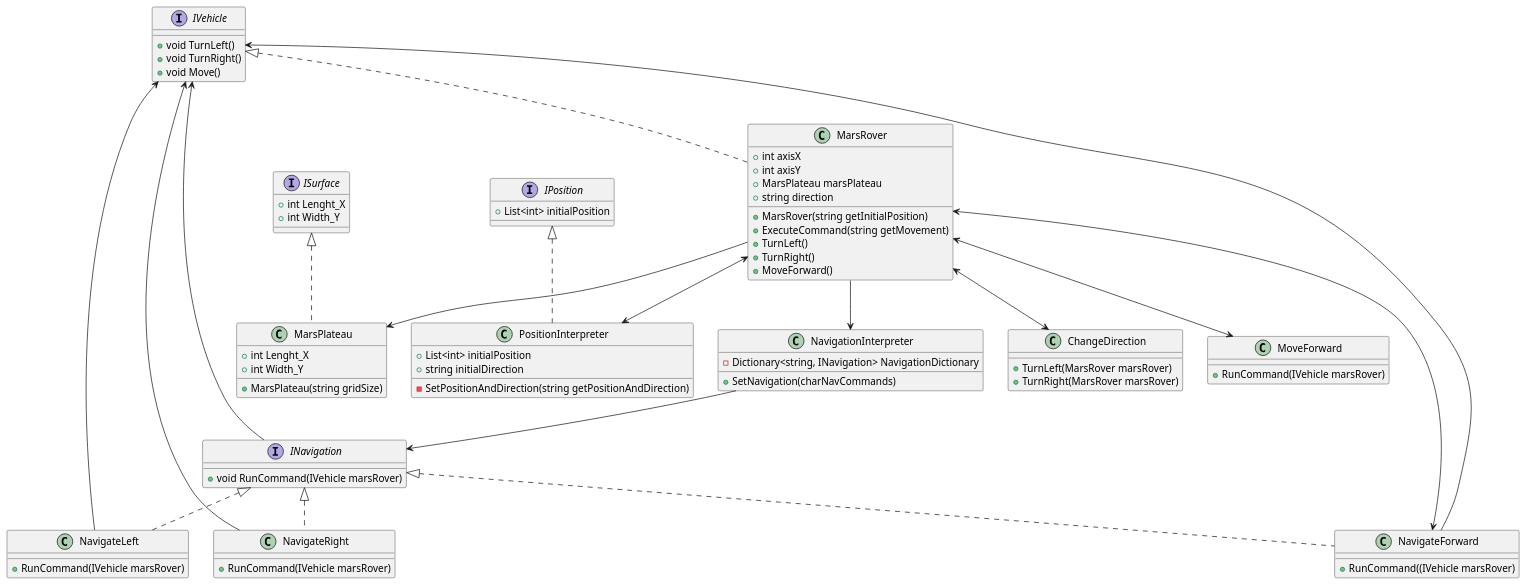
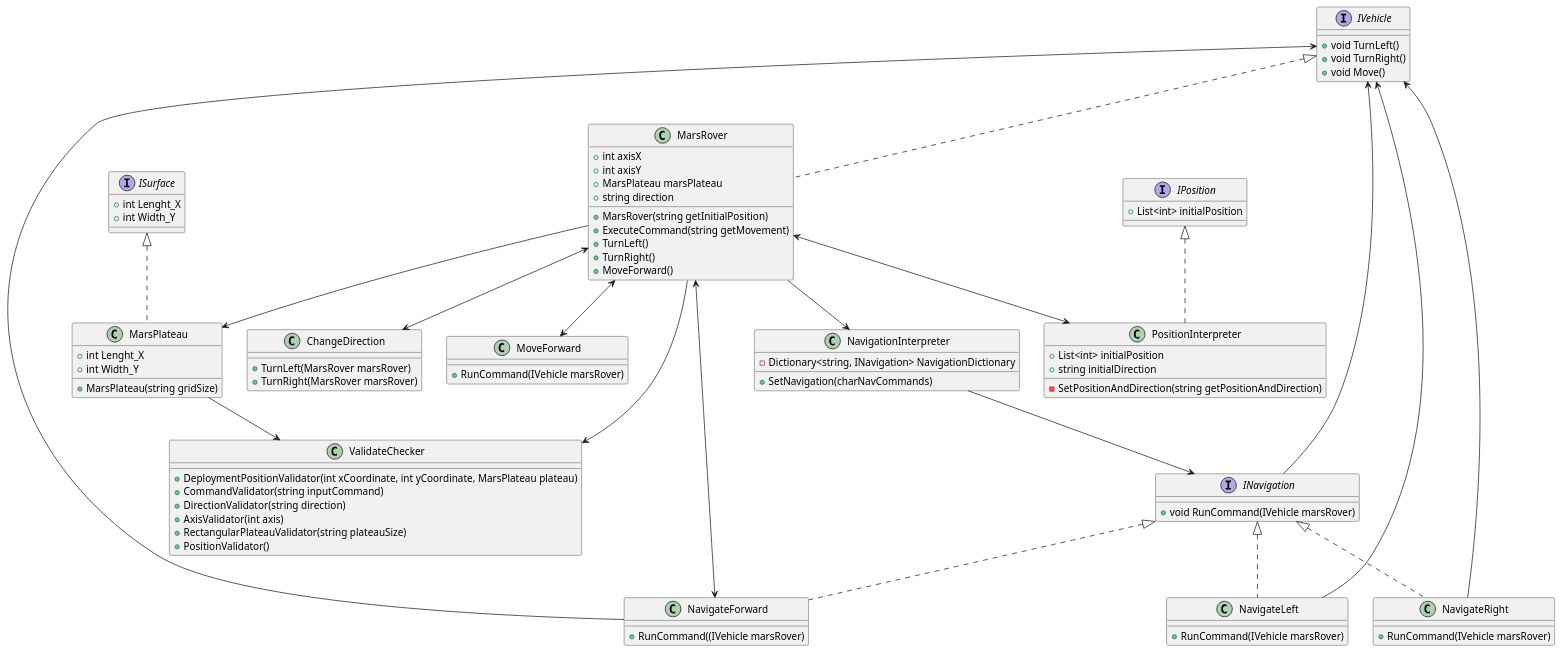
One commit to vahidkianfar/Mars-Rover-Project changed the diagram in Mars-Rover-Project/UML-Diagram/MarsRover.puml. Above: the diagram before and after it, drawn with PlantUML. The commit also changed 9 other files, not shown here.

Commit message:
Created "ValidateChecker" class and Interactive Menu.

```diff
--- a/Mars-Rover-Project/UML-Diagram/MarsRover.puml
+++ b/Mars-Rover-Project/UML-Diagram/MarsRover.puml
@@ -1,100 +1,112 @@
 @startuml "MarsRover-Kata-UML.png"
 
 interface IVehicle
 {
 + void TurnLeft()
 + void TurnRight()
 + void Move()
 }
 
 interface ISurface
 {
 + int Lenght_X
 + int Width_Y
 }
 
 interface IPosition
 {
 + List<int> initialPosition
 }
 
 interface INavigation
 {
 + void RunCommand(IVehicle marsRover)
 }
 
 class MarsRover implements IVehicle
 {
 + int axisX
 + int axisY
 + MarsPlateau marsPlateau
 + string direction
 + MarsRover(string getInitialPosition)
 + ExecuteCommand(string getMovement)
 + TurnLeft()
 + TurnRight()
 + MoveForward()
 }
 class MarsPlateau implements ISurface
 {
 + int Lenght_X
 + int Width_Y
 + MarsPlateau(string gridSize)
 }
 class NavigateLeft implements INavigation
 {
 + RunCommand(IVehicle marsRover)
 }
 
 class NavigateRight implements INavigation
 {
 + RunCommand(IVehicle marsRover)
 }
 class PositionInterpreter implements IPosition
 {
 + List<int> initialPosition
 + string initialDirection
 - SetPositionAndDirection(string getPositionAndDirection)
 }
 class NavigateForward implements INavigation
 {
 + RunCommand((IVehicle marsRover)
 }
 class NavigationInterpreter
 {
 - Dictionary<string, INavigation> NavigationDictionary
 + SetNavigation(charNavCommands)
 }
 class ChangeDirection
 {
 + TurnLeft(MarsRover marsRover)
 + TurnRight(MarsRover marsRover)
 }
 
 class MoveForward
 {
 + RunCommand(IVehicle marsRover)
 }
+class ValidateChecker
+{
++ DeploymentPositionValidator(int xCoordinate, int yCoordinate, MarsPlateau plateau)
++ CommandValidator(string inputCommand)
++ DirectionValidator(string direction)
++ AxisValidator(int axis)
++ RectangularPlateauValidator(string plateauSize)
++ PositionValidator()
+}
 INavigation --> IVehicle
 MarsRover <--> ChangeDirection
 MarsRover <--> MoveForward
+MarsRover <--> NavigateForward
+MarsRover <--> PositionInterpreter
 MarsRover --> MarsPlateau
-MarsRover <--> NavigateForward
 MarsRover --> NavigationInterpreter
-MarsRover <--> PositionInterpreter
+MarsRover --> ValidateChecker
 
 
 NavigateLeft --> IVehicle
 NavigateRight --> IVehicle
 NavigateForward --> IVehicle
 
 NavigationInterpreter --> INavigation
+
+MarsPlateau --> ValidateChecker
 
 
 
 
 
 
 
 
 @enduml
```
